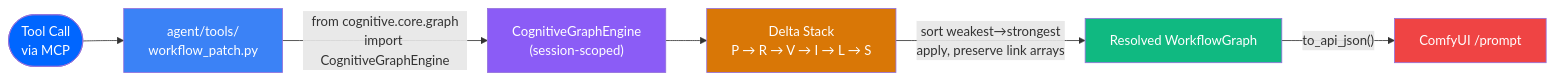
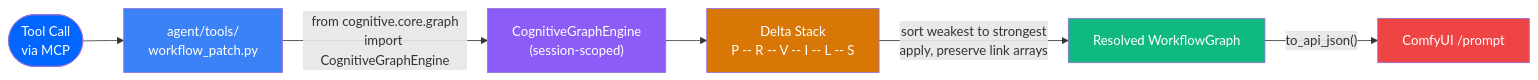
One commit to JosephOIbrahim/Comfy-Cozy changed diagram 14 of 17 in README.md. Above: the diagram before and after it, drawn with Mermaid. The commit also changed other lines of this file, not shown here.

First line of the commit message:
docs: ADHD-friendly README — symlink install, scannable steps, updated diagrams

````diff
--- a/README.md
+++ b/README.md
@@ -594,15 +649,15 @@
 ```mermaid
 graph LR
     User([Tool Call<br/>via MCP]) --> WP["agent/tools/<br/>workflow_patch.py"]
     WP -->|"from cognitive.core.graph<br/>import CognitiveGraphEngine"| CGE["CognitiveGraphEngine<br/>(session-scoped)"]
-    CGE --> Stack["Delta Stack<br/>P → R → V → I → L → S"]
-    Stack -->|"sort weakest→strongest<br/>apply, preserve link arrays"| Resolved["Resolved WorkflowGraph"]
+    CGE --> Stack["Delta Stack<br/>P -- R -- V -- I -- L -- S"]
+    Stack -->|"sort weakest to strongest<br/>apply, preserve link arrays"| Resolved["Resolved WorkflowGraph"]
     Resolved -->|"to_api_json()"| Comfy["ComfyUI /prompt"]
 
     style User fill:#0066FF,color:#fff
     style WP fill:#3b82f6,color:#fff
     style CGE fill:#8b5cf6,color:#fff
     style Stack fill:#d97706,color:#fff
     style Resolved fill:#10b981,color:#fff
     style Comfy fill:#ef4444,color:#fff
 ```
````
